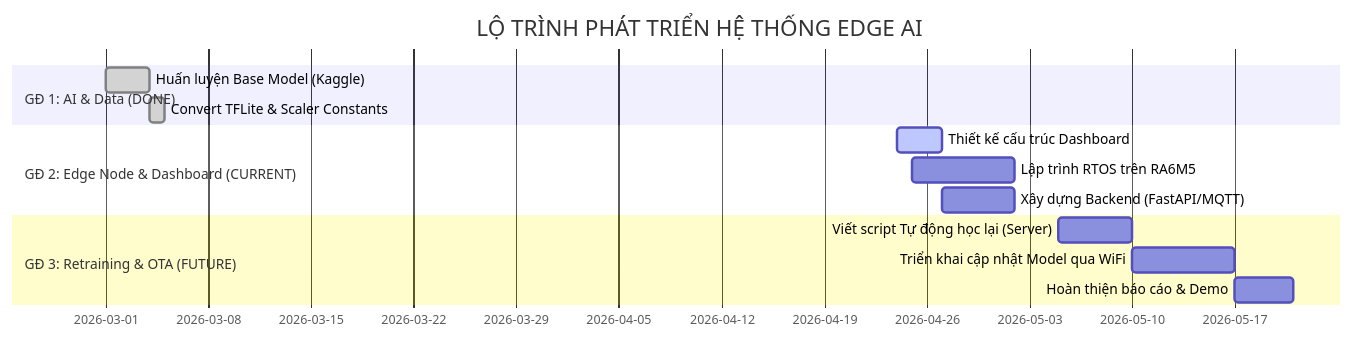
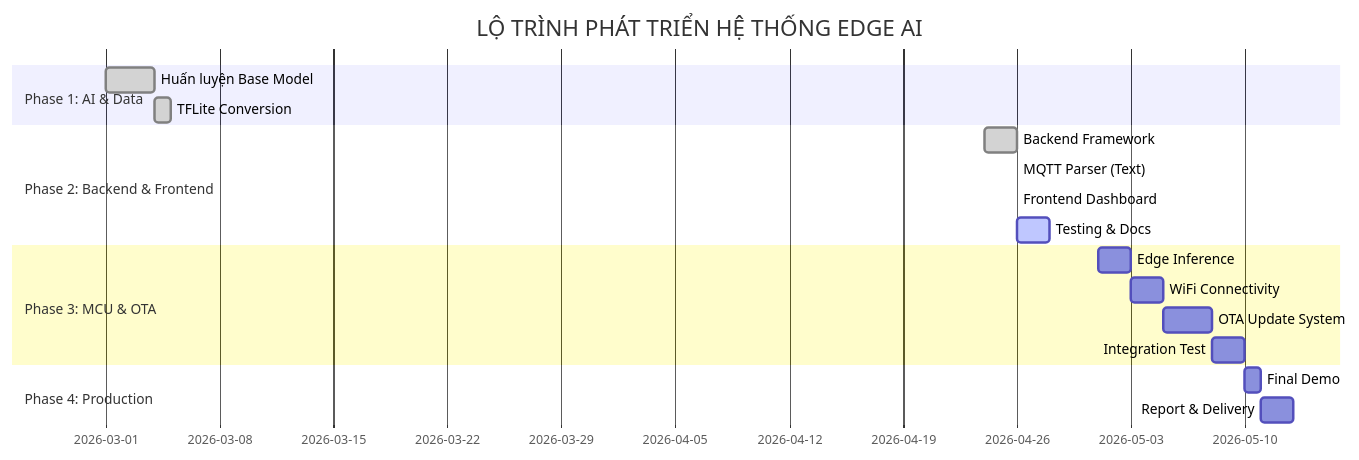
One commit to LarryVan-engin/Embedded-Project changed the second of 4 diagrams in README.md. Above: the diagram before and after it, drawn with Mermaid. The commit also changed other lines of this file and 53 other files, not shown here.

````diff
--- a/README.md
+++ b/README.md
@@ -1,16 +383,25 @@
 ```mermaid
 gantt
     title LỘ TRÌNH PHÁT TRIỂN HỆ THỐNG EDGE AI
     dateFormat  YYYY-MM-DD
-    section GĐ 1: AI & Data (DONE)
-    Huấn luyện Base Model (Kaggle) :done, 2026-03-01, 2026-03-04
-    Convert TFLite & Scaler Constants :done, 2026-03-04, 2026-03-05
-    section GĐ 2: Edge Node & Dashboard (CURRENT)
-    Thiết kế cấu trúc Dashboard :active, 2026-04-24, 3d
-    Lập trình RTOS trên RA6M5 :2026-04-25, 7d
-    Xây dựng Backend (FastAPI/MQTT) :2026-04-27, 5d
-    section GĐ 3: Retraining & OTA (FUTURE)
-    Viết script Tự động học lại (Server) :2026-05-05, 5d
-    Triển khai cập nhật Model qua WiFi :2026-05-10, 7d
-    Hoàn thiện báo cáo & Demo :2026-05-17, 4d
+    
+    section Phase 1: AI & Data
+    Huấn luyện Base Model :done, phase1a, 2026-03-01, 2026-03-04
+    TFLite Conversion :done, phase1b, 2026-03-04, 2026-03-05
+    
+    section Phase 2: Backend & Frontend
+    Backend Framework :done, phase2a, 2026-04-24, 2026-04-26
+    MQTT Parser (Text) :done, phase2b, 2026-04-26, 2026-04-26
+    Frontend Dashboard :done, phase2c, 2026-04-26, 2026-04-26
+    Testing & Docs :active, phase2d, 2026-04-26, 2d
+    
+    section Phase 3: MCU & OTA
+    Edge Inference :phase3a, 2026-05-01, 2d
+    WiFi Connectivity :phase3b, 2026-05-03, 2d
+    OTA Update System :phase3c, 2026-05-05, 3d
+    Integration Test :phase3d, 2026-05-08, 2d
+    
+    section Phase 4: Production
+    Final Demo :phase4a, 2026-05-10, 1d
+    Report & Delivery :phase4b, 2026-05-11, 2d
 ```
````
